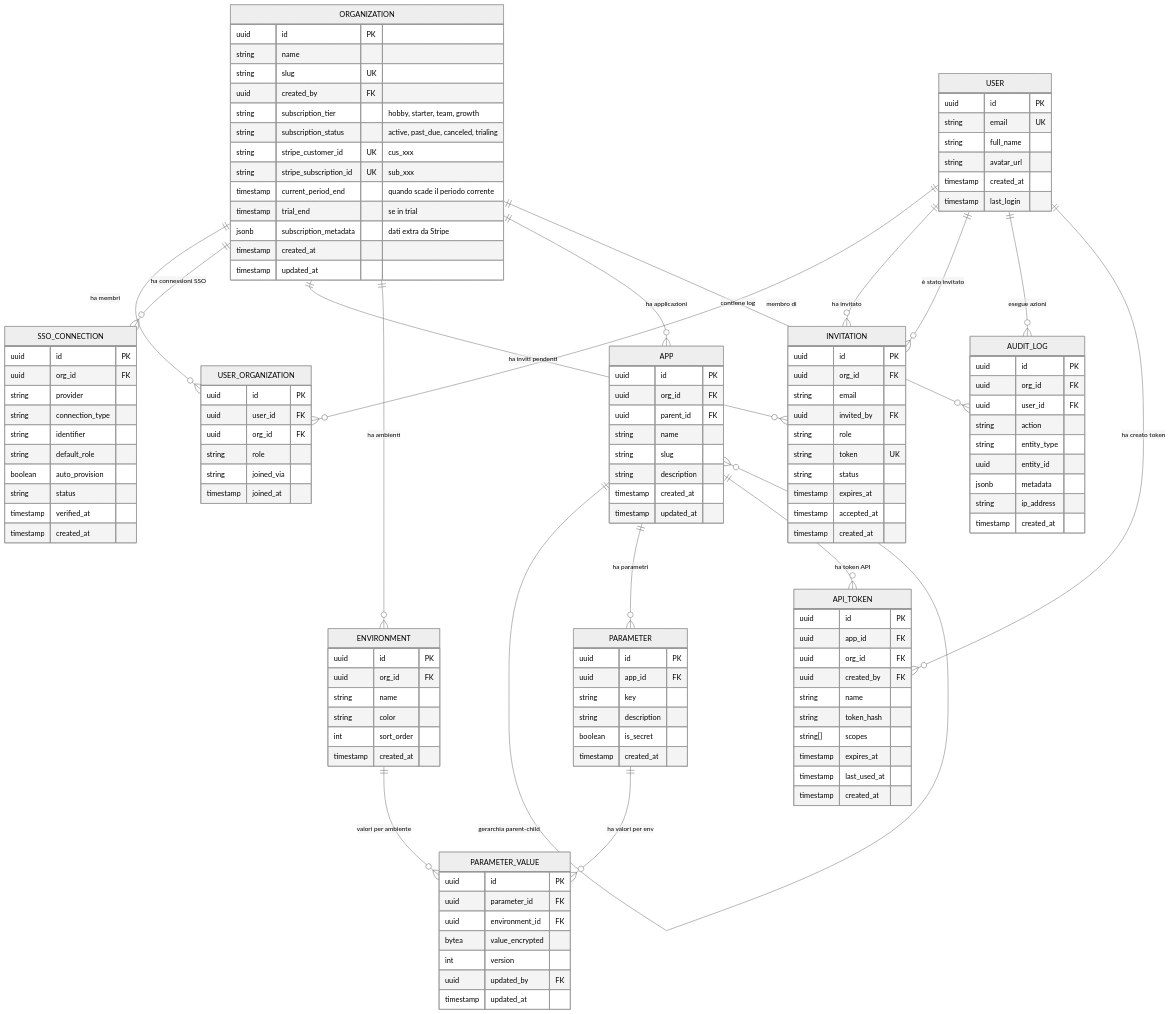
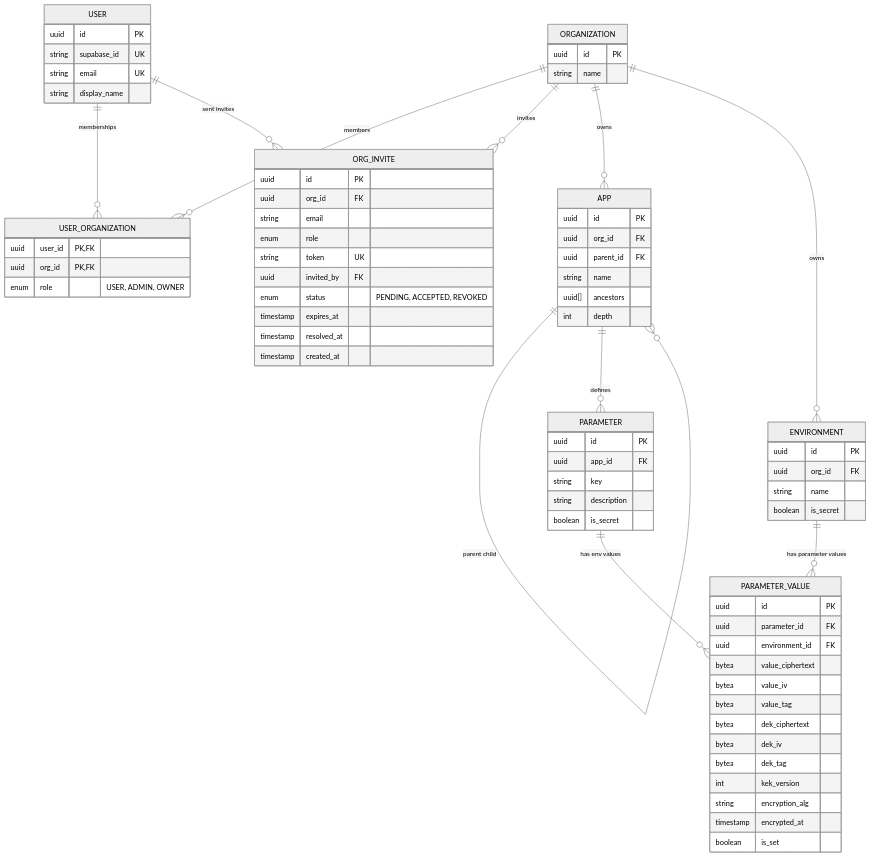
Before and after one commit to simone-gheller/mull: the diagram in docs/er-model.md, drawn with Mermaid (neutral theme). The commit also changed other lines of this file and 9 other files, not shown here.

Commit message:
docs(repo): refresh review backlog and architecture notes

````diff
--- a/docs/er-model.md
+++ b/docs/er-model.md
@@ -1,89 +7,46 @@
-```mermaid 
+```mermaid
+erDiagram
+    ORGANIZATION ||--o{ USER_ORGANIZATION : "members"
+    USER ||--o{ USER_ORGANIZATION : "memberships"
+    ORGANIZATION ||--o{ ORG_INVITE : "invites"
+    USER ||--o{ ORG_INVITE : "sent invites"
 
-erDiagram
-    ORGANIZATION ||--o{ USER_ORGANIZATION : "ha membri"
-    ORGANIZATION ||--o{ SSO_CONNECTION : "ha connessioni SSO"
-    ORGANIZATION ||--o{ INVITATION : "ha inviti pendenti"
-    USER ||--o{ USER_ORGANIZATION : "membro di"
-    USER ||--o{ INVITATION : "ha invitato"
-    USER ||--o{ INVITATION : "è stato invitato"
-    ORGANIZATION ||--o{ ENVIRONMENT : "ha ambienti"
-    ORGANIZATION ||--o{ APP : "ha applicazioni"
-    APP ||--o{ APP : "gerarchia parent-child"
-    APP ||--o{ PARAMETER : "ha parametri"
-    PARAMETER ||--o{ PARAMETER_VALUE : "ha valori per env"
-    ENVIRONMENT ||--o{ PARAMETER_VALUE : "valori per ambiente"
-    USER ||--o{ AUDIT_LOG : "esegue azioni"
-    ORGANIZATION ||--o{ AUDIT_LOG : "contiene log"
-    APP ||--o{ API_TOKEN : "ha token API"
-    USER ||--o{ API_TOKEN : "ha creato token"
+    ORGANIZATION ||--o{ APP : "owns"
+    APP ||--o{ APP : "parent child"
+    APP ||--o{ PARAMETER : "defines"
+
+    ORGANIZATION ||--o{ ENVIRONMENT : "owns"
+    PARAMETER ||--o{ PARAMETER_VALUE : "has env values"
+    ENVIRONMENT ||--o{ PARAMETER_VALUE : "has parameter values"
 
     USER {
         uuid id PK
+        string supabase_id UK
         string email UK
-        string full_name
-        string avatar_url
-        timestamp created_at
-        timestamp last_login
+        string display_name
     }
 
     ORGANIZATION {
         uuid id PK
         string name
-        string slug UK
-        uuid created_by FK
-        string subscription_tier "hobby, starter, team, growth"
-        string subscription_status "active, past_due, canceled, trialing"
-        string stripe_customer_id UK "cus_xxx"
-        string stripe_subscription_id UK "sub_xxx"
-        timestamp current_period_end "quando scade il periodo corrente"
-        timestamp trial_end "se in trial"
-        jsonb subscription_metadata "dati extra da Stripe"
-        timestamp created_at
-        timestamp updated_at
     }
 
     USER_ORGANIZATION {
-        uuid id PK
-        uuid user_id FK
-        uuid org_id FK
-        string role
-        string joined_via
-        timestamp joined_at
+        uuid user_id PK,FK
+        uuid org_id PK,FK
+        enum role "USER, ADMIN, OWNER"
     }
 
-    SSO_CONNECTION {
-        uuid id PK
-        uuid org_id FK
-        string provider
-        string connection_type
-        string identifier
-        string default_role
-        boolean auto_provision
-        string status
-        timestamp verified_at
-        timestamp created_at
-    }
-
-    INVITATION {
+    ORG_INVITE {
         uuid id PK
         uuid org_id FK
         string email
+        enum role
+        string token UK
         uuid invited_by FK
-        string role
-        string token UK
-        string status
+        enum status "PENDING, ACCEPTED, REVOKED"
         timestamp expires_at
-        timestamp accepted_at
-        timestamp created_at
-    }
-
-    ENVIRONMENT {
-        uuid id PK
-        uuid org_id FK
-        string name
-        string color
-        int sort_order
+        timestamp resolved_at
         timestamp created_at
     }
 
@@ -92,10 +55,15 @@
         uuid org_id FK
         uuid parent_id FK
         string name
-        string slug
-        string description
-        timestamp created_at
-        timestamp updated_at
+        uuid[] ancestors
+        int depth
+    }
+
+    ENVIRONMENT {
+        uuid id PK
+        uuid org_id FK
+        string name
+        boolean is_secret
     }
 
     PARAMETER {
@@ -104,41 +72,21 @@
         string key
         string description
         boolean is_secret
-        timestamp created_at
     }
 
     PARAMETER_VALUE {
         uuid id PK
         uuid parameter_id FK
         uuid environment_id FK
-        bytea value_encrypted
-        int version
-        uuid updated_by FK
-        timestamp updated_at
-    }
-
-    AUDIT_LOG {
-        uuid id PK
-        uuid org_id FK
-        uuid user_id FK
-        string action
-        string entity_type
-        uuid entity_id
-        jsonb metadata
-        string ip_address
-        timestamp created_at
-    }
-
-    API_TOKEN {
-        uuid id PK
-        uuid app_id FK
-        uuid org_id FK
-        uuid created_by FK
-        string name
-        string token_hash
-        string[] scopes
-        timestamp expires_at
-        timestamp last_used_at
-        timestamp created_at
+        bytea value_ciphertext
+        bytea value_iv
+        bytea value_tag
+        bytea dek_ciphertext
+        bytea dek_iv
+        bytea dek_tag
+        int kek_version
+        string encryption_alg
+        timestamp encrypted_at
+        boolean is_set
     }
 ```
````
